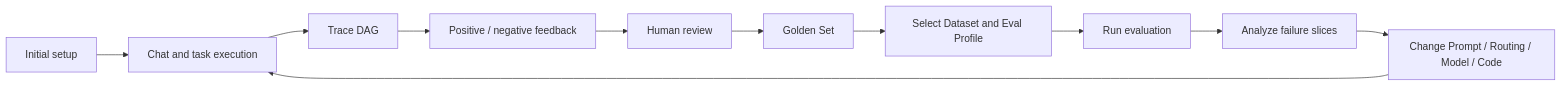
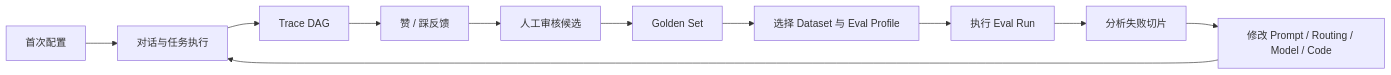
One commit to InfronAI/personal-ai-agent-from-scratch changed the first of 3 diagrams in README.md. Above: the diagram before and after it, drawn with Mermaid. The commit also changed other lines of this file and 3 other files, not shown here.

````diff
--- a/README.md
+++ b/README.md
@@ -49,13 +49,13 @@
 ```mermaid
 flowchart LR
-    A[Initial setup] --> B[Chat and task execution]
+    A[首次配置] --> B[对话与任务执行]
     B --> C[Trace DAG]
-    C --> D[Positive / negative feedback]
-    D --> E[Human review]
+    C --> D[赞 / 踩反馈]
+    D --> E[人工审核候选]
     E --> F[Golden Set]
-    F --> G[Select Dataset and Eval Profile]
-    G --> H[Run evaluation]
-    H --> I[Analyze failure slices]
-    I --> J[Change Prompt / Routing / Model / Code]
+    F --> G[选择 Dataset 与 Eval Profile]
+    G --> H[执行 Eval Run]
+    H --> I[分析失败切片]
+    I --> J[修改 Prompt / Routing / Model / Code]
     J --> B
 ```
````
